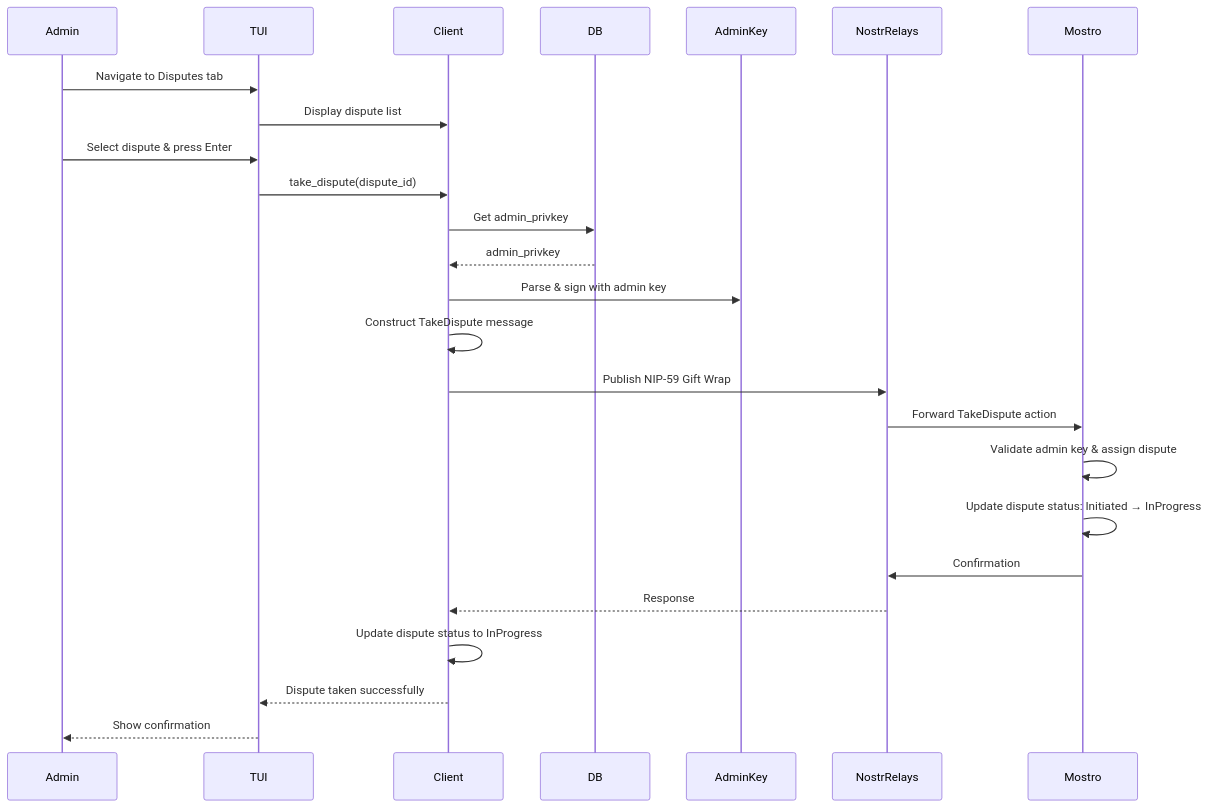
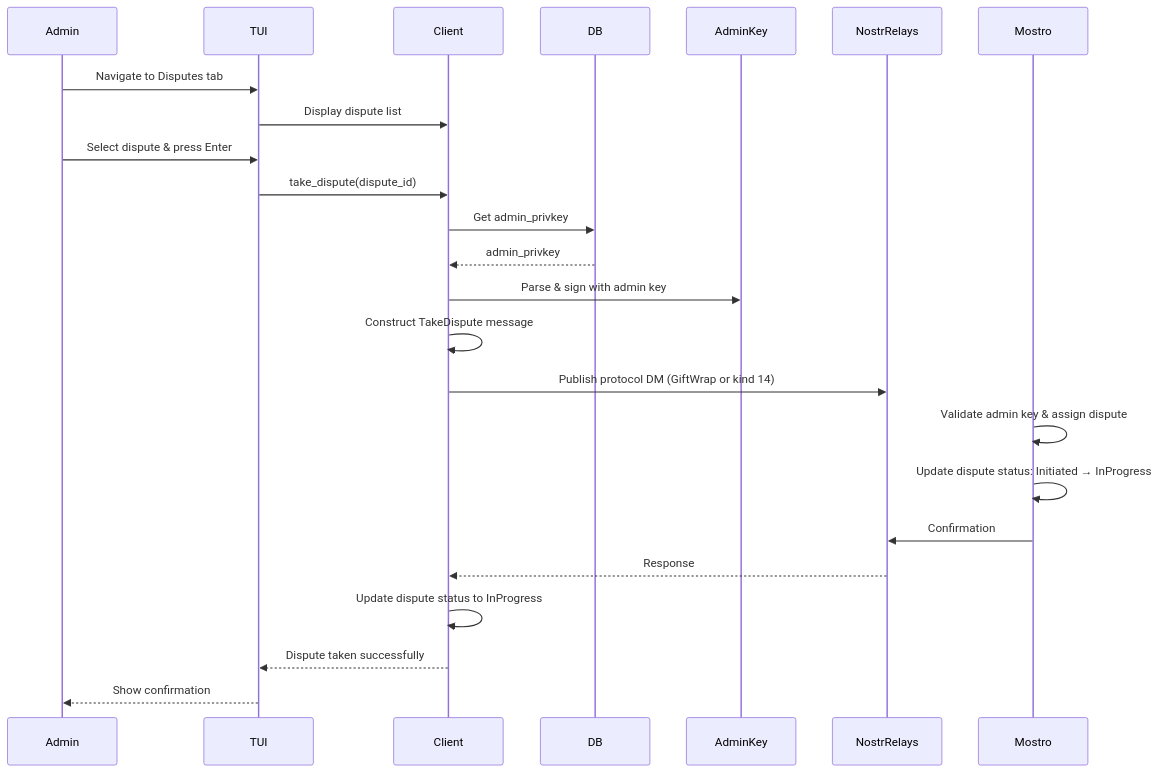
Before and after one commit to MostroP2P/mostrix: the second of 5 diagrams in docs/ADMIN_DISPUTES.md, drawn with Mermaid. The commit also changed other lines of this file and 13 other files, not shown here.

First line of the commit message:
docs(chat): Step 7 — sweep GiftWrap-only P2P wording and harden tests

````diff
--- a/docs/ADMIN_DISPUTES.md
+++ b/docs/ADMIN_DISPUTES.md
@@ -289,28 +289,27 @@
 ```mermaid
 sequenceDiagram
     participant Admin
     participant TUI
     participant Client
     participant DB
     participant AdminKey
     participant NostrRelays
     participant Mostro
 
     Admin->>TUI: Navigate to Disputes tab
     TUI->>Client: Display dispute list
     Admin->>TUI: Select dispute & press Enter
     TUI->>Client: take_dispute(dispute_id)
     Client->>DB: Get admin_privkey
     DB-->>Client: admin_privkey
     Client->>AdminKey: Parse & sign with admin key
     Client->>Client: Construct TakeDispute message
-    Client->>NostrRelays: Publish NIP-59 Gift Wrap
-    NostrRelays->>Mostro: Forward TakeDispute action
+    Client->>NostrRelays: Publish protocol DM (GiftWrap or kind 14)
     Mostro->>Mostro: Validate admin key & assign dispute
     Mostro->>Mostro: Update dispute status: Initiated → InProgress
     Mostro->>NostrRelays: Confirmation
     NostrRelays-->>Client: Response
     Client->>Client: Update dispute status to InProgress
     Client-->>TUI: Dispute taken successfully
     TUI-->>Admin: Show confirmation
 ```
````
